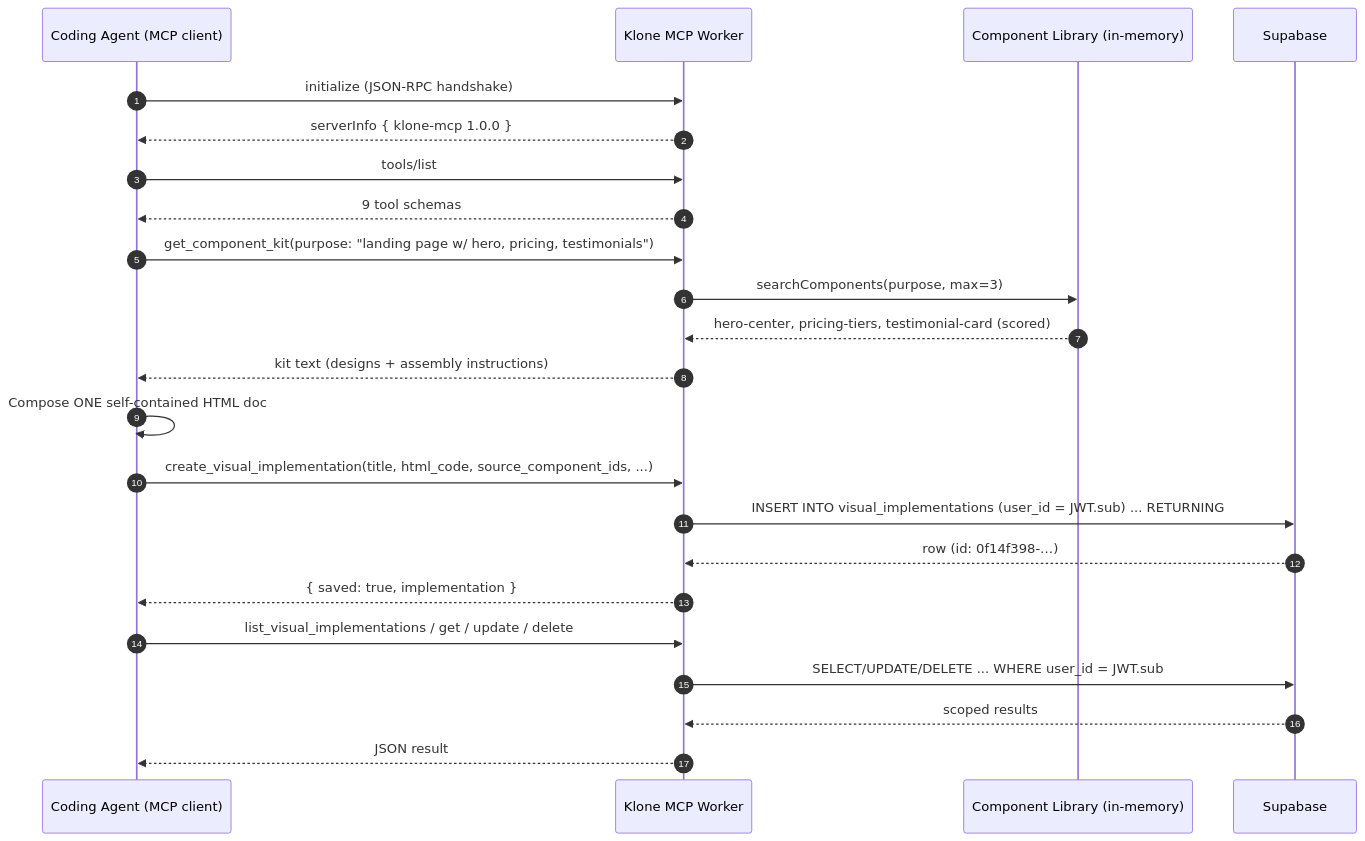
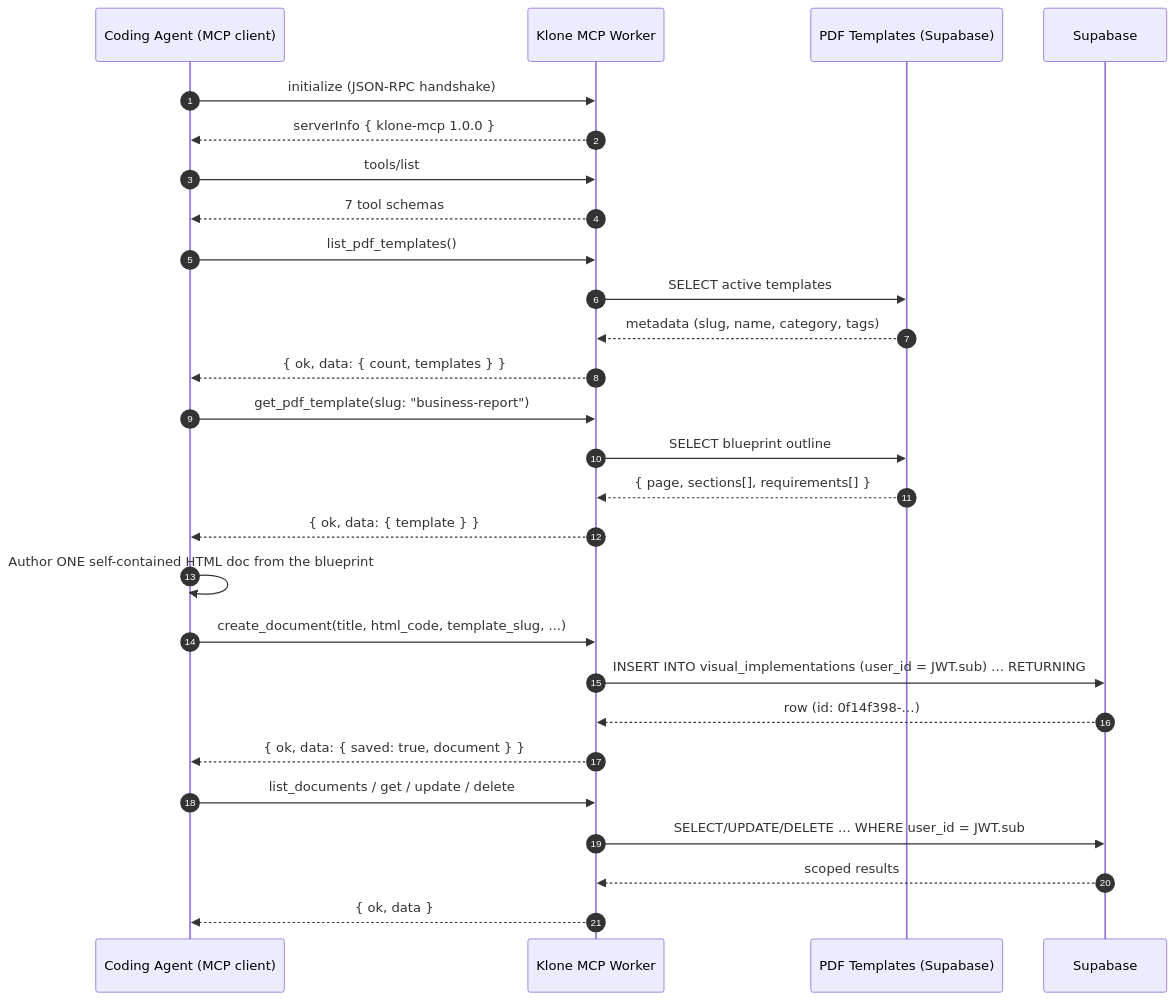
Before and after one commit to iillcode/klone: the second of 7 diagrams in README.md, drawn with Mermaid. The commit also changed other lines of this file and 55 other files, not shown here.

````diff
--- a/README.md
+++ b/README.md
@@ -100,31 +107,36 @@
 ```mermaid
 sequenceDiagram
     autonumber
     participant Agent as Coding Agent (MCP client)
     participant MCP as Klone MCP Worker
-    participant Lib as Component Library (in-memory)
+    participant TPL as PDF Templates (Supabase)
     participant SB as Supabase
 
     Agent->>MCP: initialize (JSON-RPC handshake)
     MCP-->>Agent: serverInfo { klone-mcp 1.0.0 }
 
     Agent->>MCP: tools/list
-    MCP-->>Agent: 9 tool schemas
+    MCP-->>Agent: 7 tool schemas
 
-    Agent->>MCP: get_component_kit(purpose: "landing page w/ hero, pricing, testimonials")
-    MCP->>Lib: searchComponents(purpose, max=3)
-    Lib-->>MCP: hero-center, pricing-tiers, testimonial-card (scored)
-    MCP-->>Agent: kit text (designs + assembly instructions)
+    Agent->>MCP: list_pdf_templates()
+    MCP->>TPL: SELECT active templates
+    TPL-->>MCP: metadata (slug, name, category, tags)
+    MCP-->>Agent: { ok, data: { count, templates } }
 
-    Agent->>Agent: Compose ONE self-contained HTML doc
+    Agent->>MCP: get_pdf_template(slug: "business-report")
+    MCP->>TPL: SELECT blueprint outline
+    TPL-->>MCP: { page, sections[], requirements[] }
+    MCP-->>Agent: { ok, data: { template } }
 
-    Agent->>MCP: create_visual_implementation(title, html_code, source_component_ids, ...)
+    Agent->>Agent: Author ONE self-contained HTML doc from the blueprint
+
+    Agent->>MCP: create_document(title, html_code, template_slug, ...)
     MCP->>SB: INSERT INTO visual_implementations (user_id = JWT.sub) ... RETURNING
     SB-->>MCP: row (id: 0f14f398-…)
-    MCP-->>Agent: { saved: true, implementation }
+    MCP-->>Agent: { ok, data: { saved: true, document } }
 
-    Agent->>MCP: list_visual_implementations / get / update / delete
+    Agent->>MCP: list_documents / get / update / delete
     MCP->>SB: SELECT/UPDATE/DELETE ... WHERE user_id = JWT.sub
     SB-->>MCP: scoped results
-    MCP-->>Agent: JSON result
+    MCP-->>Agent: { ok, data }
 ```
````
